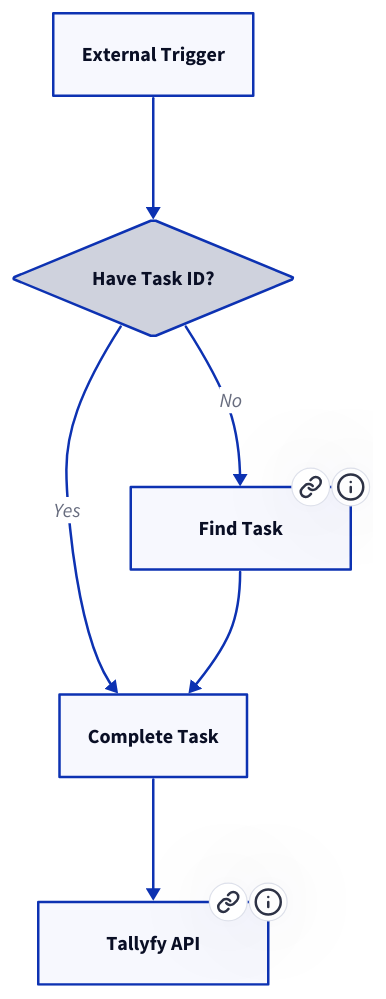
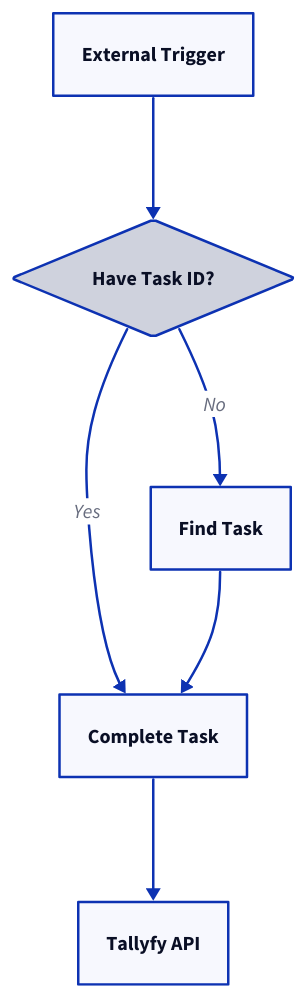
One commit to tallyfy/documentation changed the diagram in src/content/docs/pro/integrations/middleware/zapier/how-to-automate-tasks-in-tallyfy-using-zaps.mdx. Above: the diagram before and after it, drawn with D2. The commit also changed 35 other files, not shown here.

First line of the commit message:
Remove .link and .tooltip properties from D2 diagrams

````diff
--- a/src/content/docs/pro/integrations/middleware/zapier/how-to-automate-tasks-in-tallyfy-using-zaps.mdx
+++ b/src/content/docs/pro/integrations/middleware/zapier/how-to-automate-tasks-in-tallyfy-using-zaps.mdx
@@ -23,18 +23,14 @@
 ```d2
 Trigger: "External Trigger"
 Check: "Have Task ID?" {shape: diamond}
 Find: "Find Task"
 Complete: "Complete Task"
 API: "Tallyfy API"
 
 Trigger -> Check
 Check -> Find: "No"
 Check -> Complete: "Yes"
 Find -> Complete
 Complete -> API
 
-Find.link: "/products/pro/tracking-and-tasks/tasks/index/"
-Find.tooltip: "Learn about tasks"
-API.link: "/products/pro/integrations/open-api/index/"
-API.tooltip: "Tallyfy API documentation"
 ```
````
